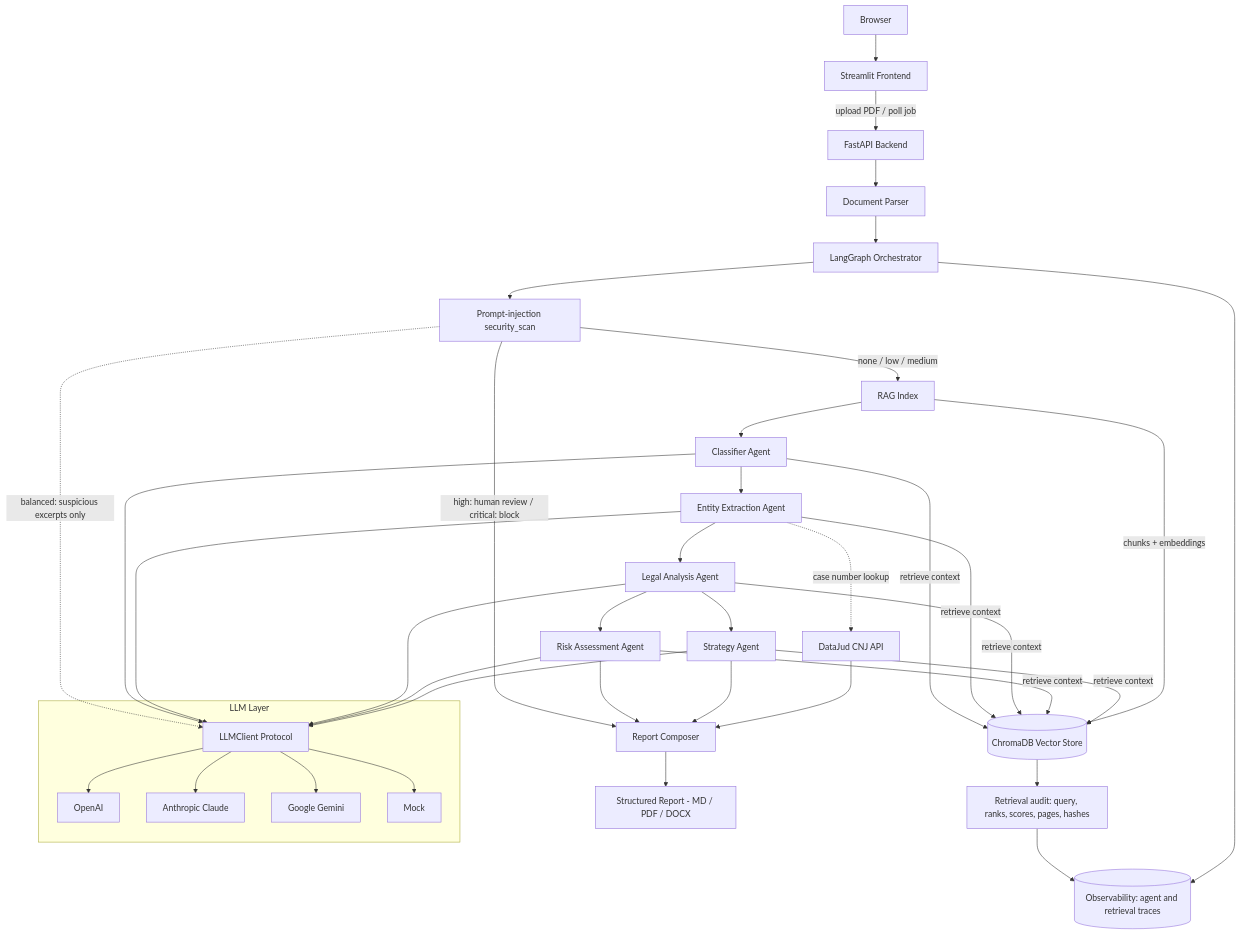
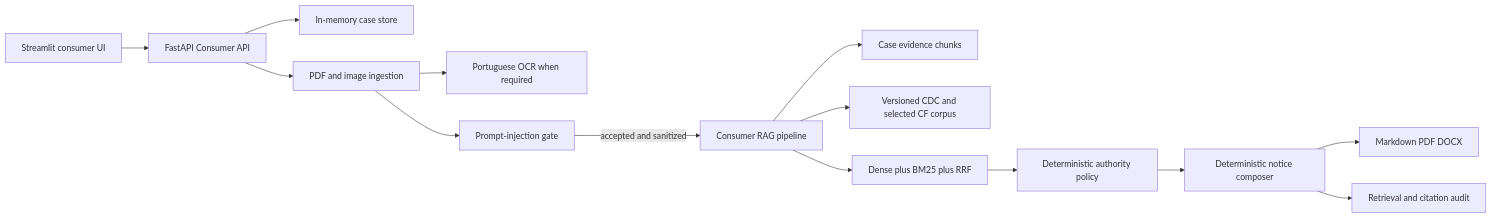
The diagram in docs/architecture.md (el-gabri/give-exit), drawn with Mermaid before and after one commit. The commit also changed other lines of this file and 116 other files, not shown here.

Commit message:
refactor: retire business flow and make give-exit consumer-only

````diff
--- a/docs/architecture.md
+++ b/docs/architecture.md
@@ -5,33 +12,16 @@
 ```mermaid
-flowchart TD
-    B[Browser] --> F[Streamlit Frontend]
-    F -->|upload PDF / poll job| A[FastAPI Backend]
-    A --> P[Document Parser]
-    P --> O[LangGraph Orchestrator]
-    O --> PI[Prompt-injection security_scan]
-    PI -->|none / low / medium| I[RAG Index]
-    PI -->|high: human review / critical: block| G[Report Composer]
-    I --> C[Classifier Agent]
-    C --> E[Entity Extraction Agent]
-    E --> L[Legal Analysis Agent]
-    L --> R[Risk Assessment Agent]
-    L --> S[Strategy Agent]
-    R & S --> G
-    C & E & L & R & S -->|retrieve context| RAG[(ChromaDB Vector Store)]
-    RAG --> RT[Retrieval audit: query, ranks, scores, pages, hashes]
-    RT --> OBS
-    I -->|chunks + embeddings| RAG
-    E -.->|case number lookup| DJ[DataJud CNJ API]
-    DJ --> G
-    subgraph LLM Layer
-        LC[LLMClient Protocol]
-        LC --> OAI[OpenAI]
-        LC --> ANT[Anthropic Claude]
-        LC --> GEM[Google Gemini]
-        LC --> MOCK[Mock]
-    end
-    PI -.->|balanced: suspicious excerpts only| LC
-    C & E & L & R & S --> LC
-    G --> REP[Structured Report - MD / PDF / DOCX]
-    O --> OBS[(Observability: agent and retrieval traces)]
+flowchart LR
+    UI[Streamlit consumer UI] --> API[FastAPI Consumer API]
+    API --> CASE[In-memory case store]
+    API --> ING[PDF and image ingestion]
+    ING --> OCR[Portuguese OCR when required]
+    ING --> SEC[Prompt-injection gate]
+    SEC -->|accepted and sanitized| RAG[Consumer RAG pipeline]
+    RAG --> EVID[Case evidence chunks]
+    RAG --> LAW[Versioned CDC and selected CF corpus]
+    RAG --> HYB[Dense plus BM25 plus RRF]
+    HYB --> POLICY[Deterministic authority policy]
+    POLICY --> NOTICE[Deterministic notice composer]
+    NOTICE --> EXPORT[Markdown PDF DOCX]
+    NOTICE --> AUDIT[Retrieval and citation audit]
 ```
````
